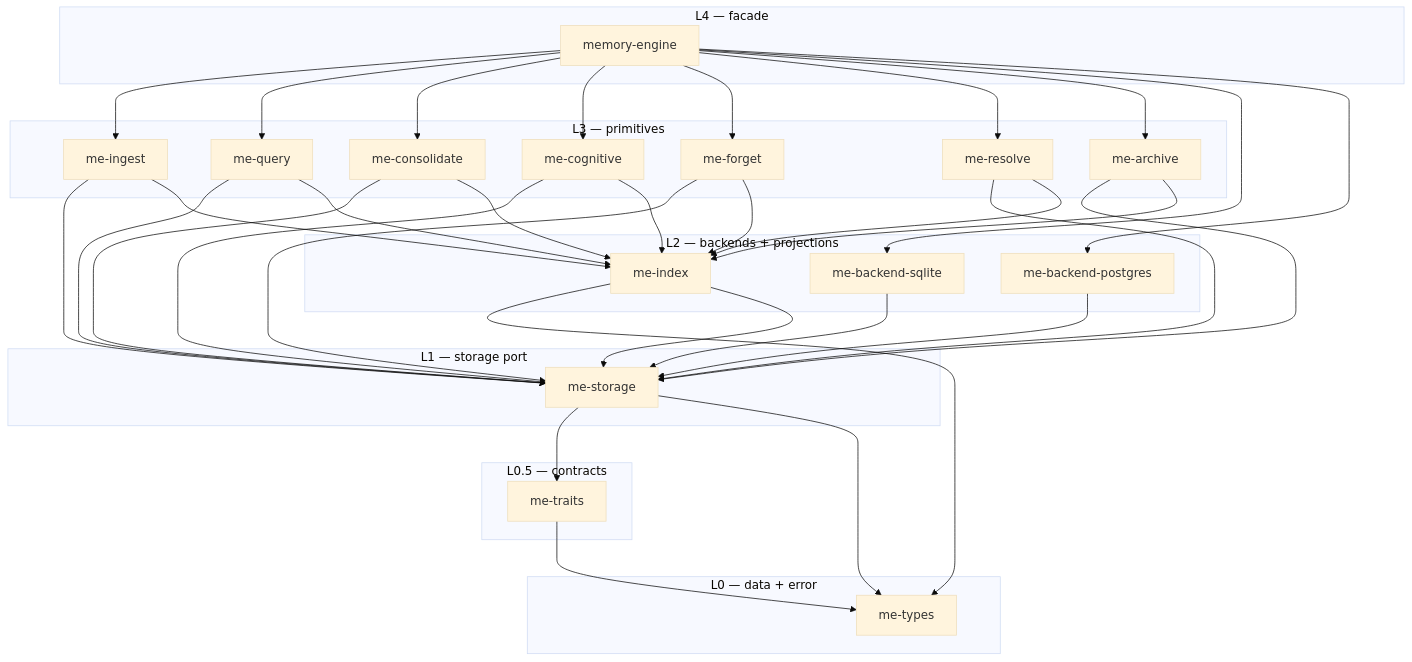
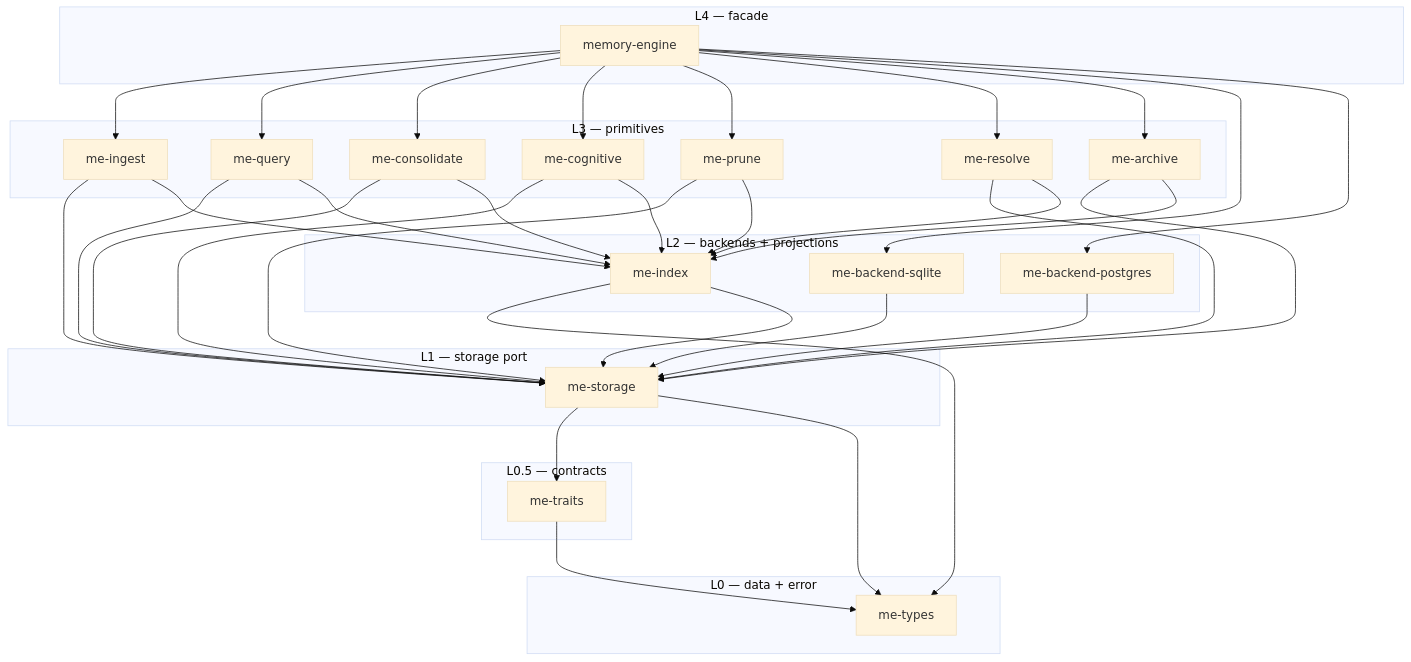
The diagram in docs/reference/crate-layout.md (dutiona/memory-engine), drawn with Mermaid (base theme) before and after one commit. The commit also changed other lines of this file and 103 other files, not shown here.

````diff
--- a/docs/reference/crate-layout.md
+++ b/docs/reference/crate-layout.md
@@ -30,39 +30,39 @@
 ```{mermaid}
 graph TD
     subgraph L4["L4 — facade"]
         facade["memory-engine"]
     end
     subgraph L3["L3 — primitives"]
         ingest["me-ingest"]
         query["me-query"]
         consolidate["me-consolidate"]
         cognitive["me-cognitive"]
-        forget["me-forget"]
+        prune["me-prune"]
         resolve["me-resolve"]
         archive["me-archive"]
     end
     subgraph L2["L2 — backends + projections"]
         sqlite["me-backend-sqlite"]
         postgres["me-backend-postgres"]
         index["me-index"]
     end
     subgraph L1["L1 — storage port"]
         storage["me-storage"]
     end
     subgraph L05["L0.5 — contracts"]
         traits["me-traits"]
     end
     subgraph L0["L0 — data + error"]
         types["me-types"]
     end
 
-    facade --> ingest & query & consolidate & cognitive & forget & resolve & archive
+    facade --> ingest & query & consolidate & cognitive & prune & resolve & archive
     facade --> sqlite & postgres
-    ingest & query & consolidate & cognitive & forget & resolve & archive --> storage & index
+    ingest & query & consolidate & cognitive & prune & resolve & archive --> storage & index
     sqlite & postgres --> storage
     storage --> traits
     storage --> types
     traits --> types
     index --> types
     index --> storage
 ```
````
